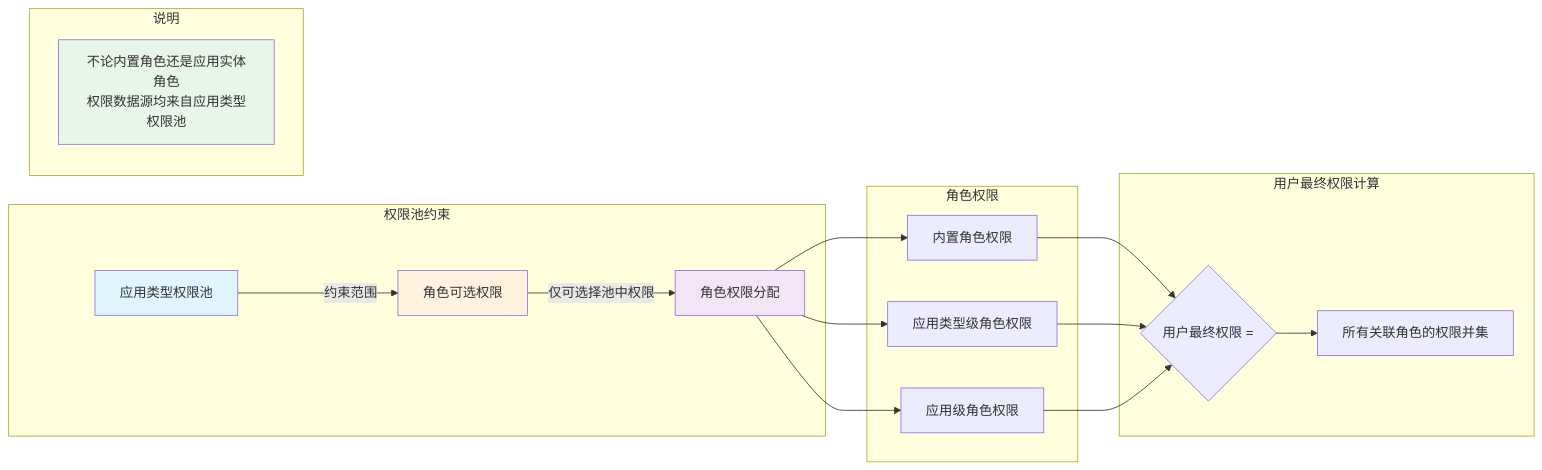
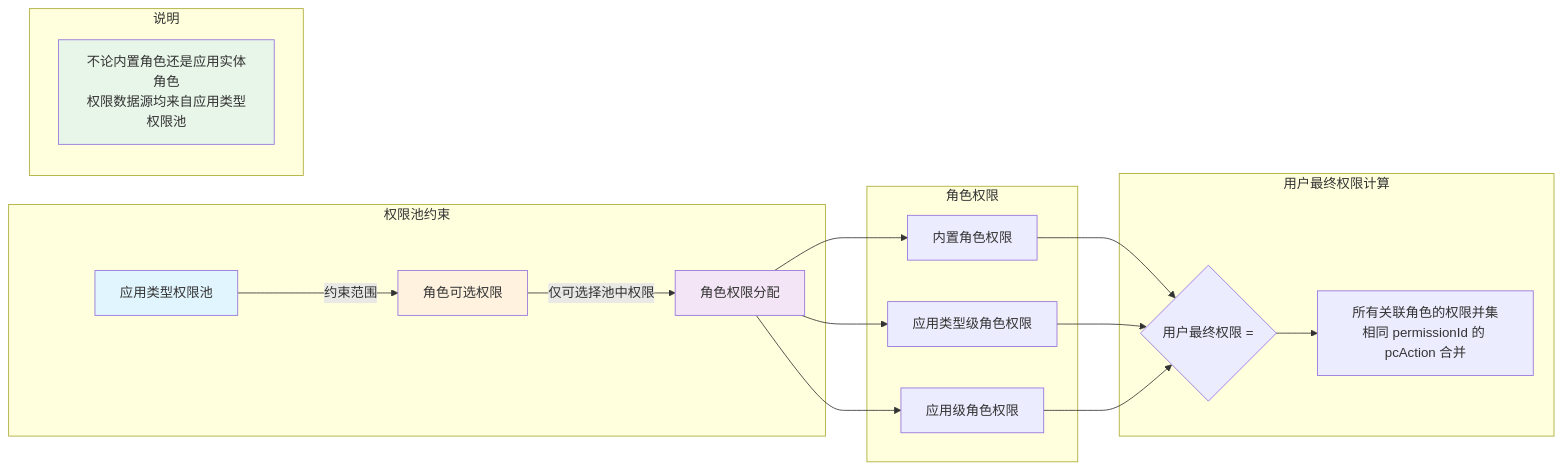
Before and after one commit to huyumo/moyan-mfw: the third of 3 diagrams in docs/permission-assignment.md, drawn with Mermaid. The commit also changed other lines of this file and 8 other files, not shown here.

````diff
--- a/docs/permission-assignment.md
+++ b/docs/permission-assignment.md
@@ -156,29 +163,29 @@
 ```mermaid
 graph LR
     subgraph 权限池约束
         A[应用类型权限池] -->|约束范围 | B[角色可选权限]
         B -->|仅可选择池中权限 | C[角色权限分配]
     end
 
     subgraph 角色权限
         C --> D[内置角色权限]
         C --> E[应用类型级角色权限]
         C --> F[应用级角色权限]
     end
 
     subgraph 用户最终权限计算
         D --> G{用户最终权限 = }
         E --> G
         F --> G
-        G --> H[所有关联角色的权限并集]
+        G --> H[所有关联角色的权限并集<br/>相同 permissionId 的 pcAction 合并]
     end
 
     subgraph 说明
         I[不论内置角色还是应用实体角色<br/>权限数据源均来自应用类型权限池]
     end
 
     style A fill:#e1f5fe
     style B fill:#fff3e0
     style C fill:#f3e5f5
     style I fill:#e8f5e9
 ```
````
